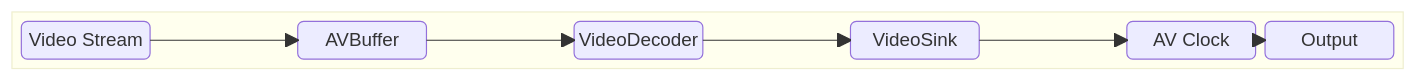
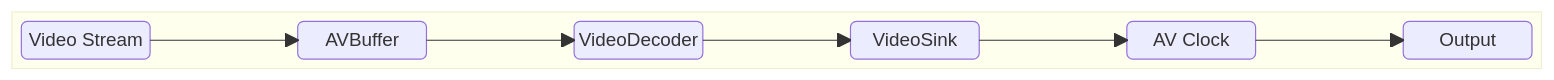
The second of 8 diagrams in docs/pages/avClock_High-Level-3_TestSpecification.md (davidkoo-brcm/rdk-halif-aidl-test-avclock), drawn with Mermaid before and after one commit. The commit also changed other lines of this file, not shown here.

````diff
--- a/docs/pages/avClock_High-Level-3_TestSpecification.md
+++ b/docs/pages/avClock_High-Level-3_TestSpecification.md
@@ -90,11 +90,11 @@
 ```mermaid
 block-beta
     block:1
-        VideoStream("Video Stream") space AVBuffer("AVBuffer") space VideoDecoder("VideoDecoder") space VideoSink("VideoSink") space AVClock("AV Clock")  Output("Output")
+        VideoStream("Video Stream") space AVBuffer("AVBuffer") space VideoDecoder("VideoDecoder") space VideoSink("VideoSink") space AVClock("AV Clock") space Output("Output")
         VideoStream --> AVBuffer
         AVBuffer --> VideoDecoder
         VideoDecoder --> VideoSink
         VideoSink --> AVClock
         AVClock --> Output
     end
 ```
````
